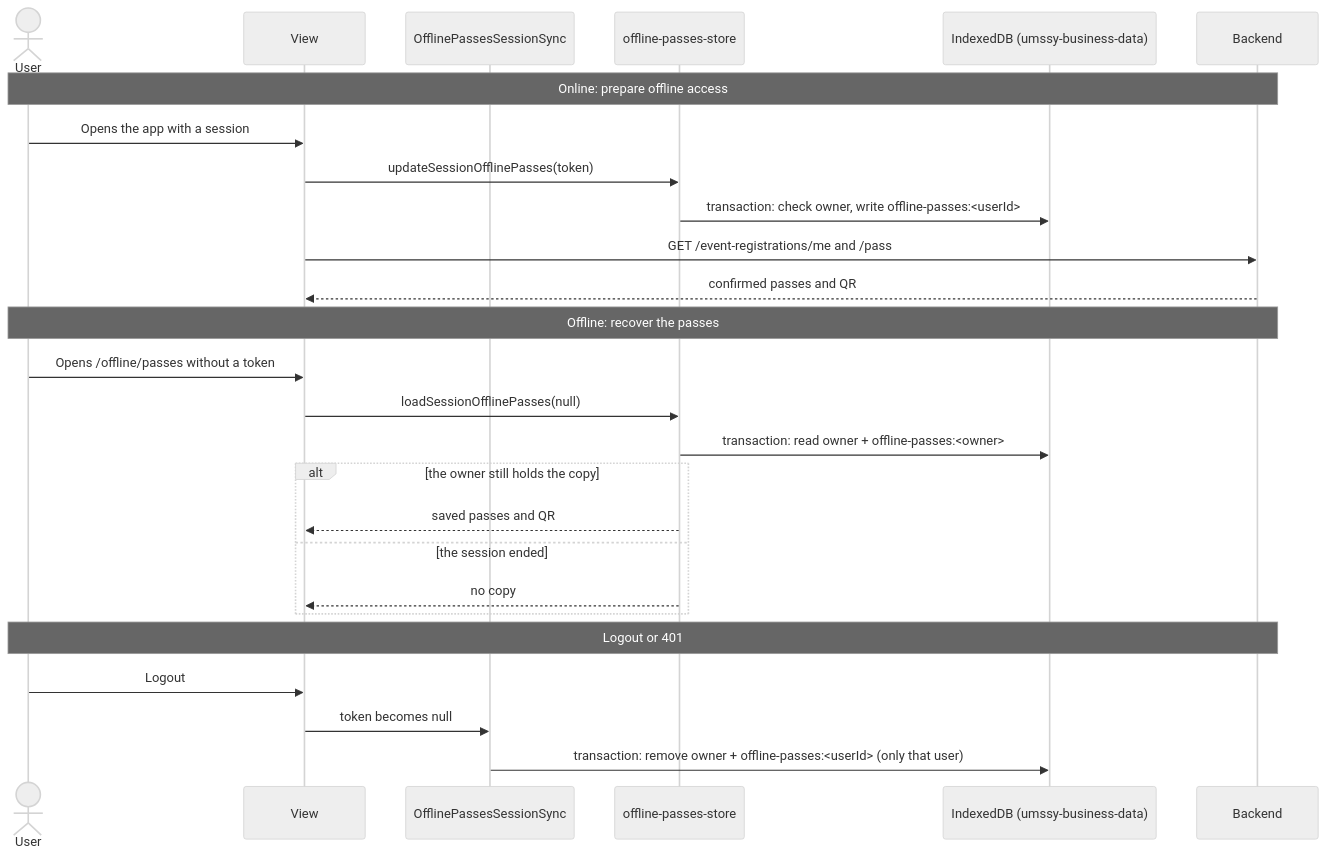
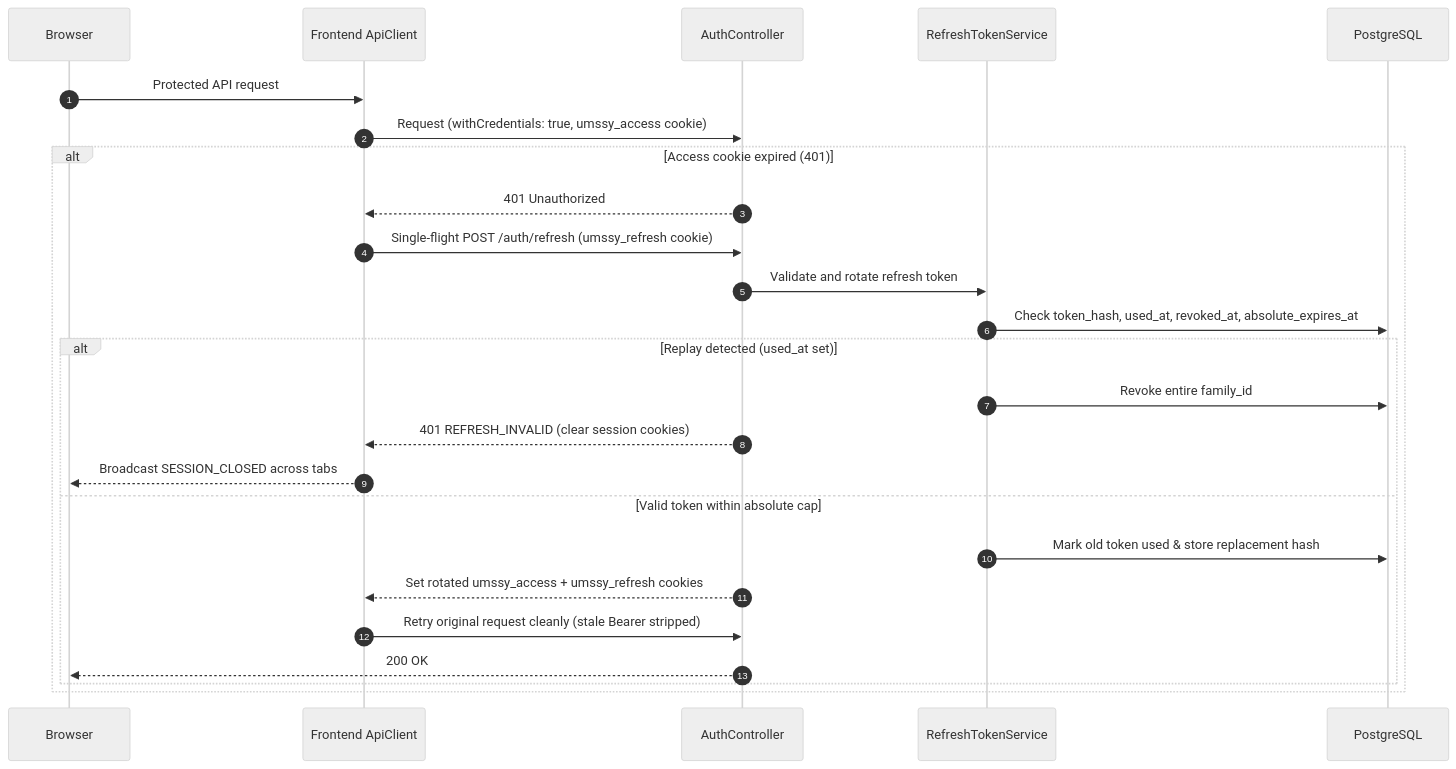
Before and after one commit to UMSSY/umssy-app: the diagram in docs/auth/README.md, drawn with Mermaid (neutral theme). The commit also changed other lines of this file and 5 other files, not shown here.

Commit message:
docs: complete Sprint 3 documentation with Mermaid diagrams

````diff
--- a/docs/auth/README.md
+++ b/docs/auth/README.md
@@ -59,31 +27,28 @@
 ```mermaid
 sequenceDiagram
-  actor U as User
-  participant V as View
-  participant S as OfflinePassesSessionSync
-  participant P as offline-passes-store
-  participant DB as IndexedDB (umssy-business-data)
-  participant API as Backend
+  autonumber
+  participant Browser
+  participant ApiClient as Frontend ApiClient
+  participant AuthCtrl as AuthController
+  participant RefreshSvc as RefreshTokenService
+  participant DB as PostgreSQL
 
-  Note over U,API: Online: prepare offline access
-  U->>V: Opens the app with a session
-  V->>P: updateSessionOfflinePasses(token)
-  P->>DB: transaction: check owner, write offline-passes:<userId>
-  V->>API: GET /event-registrations/me and /pass
-  API-->>V: confirmed passes and QR
-
-  Note over U,API: Offline: recover the passes
-  U->>V: Opens /offline/passes without a token
-  V->>P: loadSessionOfflinePasses(null)
-  P->>DB: transaction: read owner + offline-passes:<owner>
-  alt the owner still holds the copy
-    P-->>V: saved passes and QR
-  else the session ended
-    P-->>V: no copy
+  Browser->>ApiClient: Protected API request
+  ApiClient->>AuthCtrl: Request (withCredentials: true, umssy_access cookie)
+  alt Access cookie expired (401)
+    AuthCtrl-->>ApiClient: 401 Unauthorized
+    ApiClient->>AuthCtrl: Single-flight POST /auth/refresh (umssy_refresh cookie)
+    AuthCtrl->>RefreshSvc: Validate and rotate refresh token
+    RefreshSvc->>DB: Check token_hash, used_at, revoked_at, absolute_expires_at
+    alt Replay detected (used_at set)
+      RefreshSvc->>DB: Revoke entire family_id
+      AuthCtrl-->>ApiClient: 401 REFRESH_INVALID (clear session cookies)
+      ApiClient-->>Browser: Broadcast SESSION_CLOSED across tabs
+    else Valid token within absolute cap
+      RefreshSvc->>DB: Mark old token used & store replacement hash
+      AuthCtrl-->>ApiClient: Set rotated umssy_access + umssy_refresh cookies
+      ApiClient->>AuthCtrl: Retry original request cleanly (stale Bearer stripped)
+      AuthCtrl-->>Browser: 200 OK
+    end
   end
-
-  Note over U,API: Logout or 401
-  U->>V: Logout
-  V->>S: token becomes null
-  S->>DB: transaction: remove owner + offline-passes:<userId> (only that user)
 ```
````
